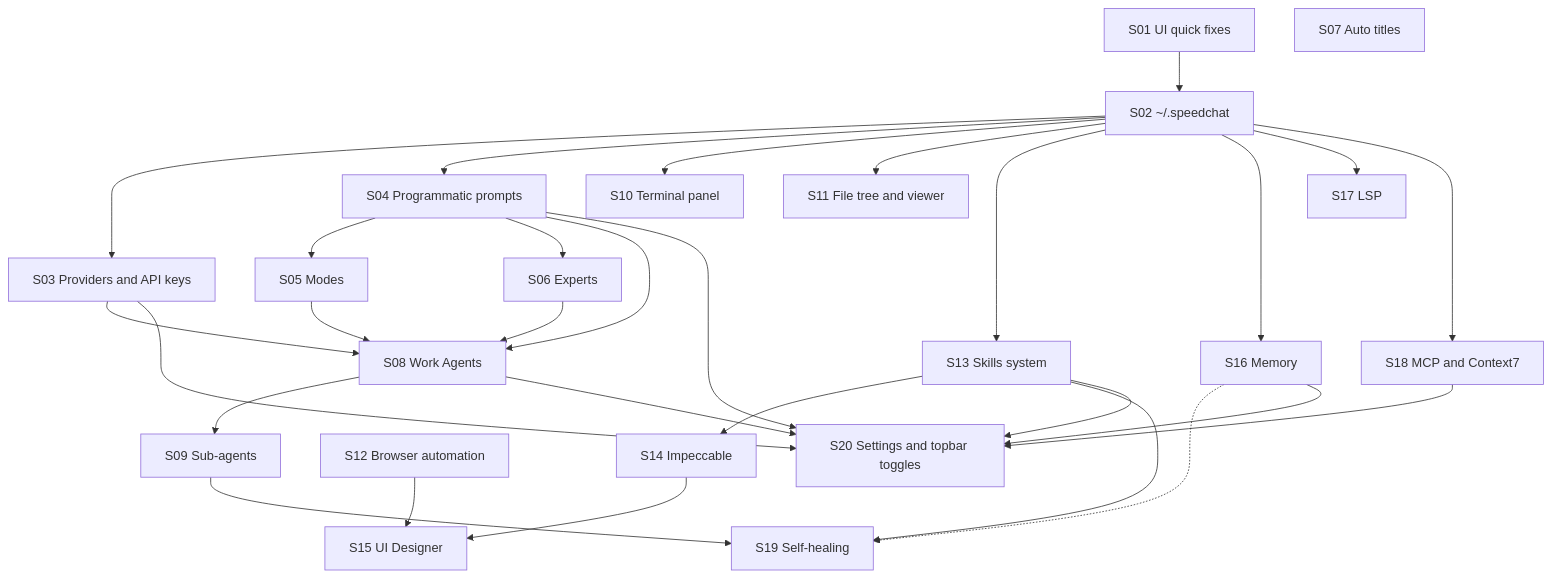
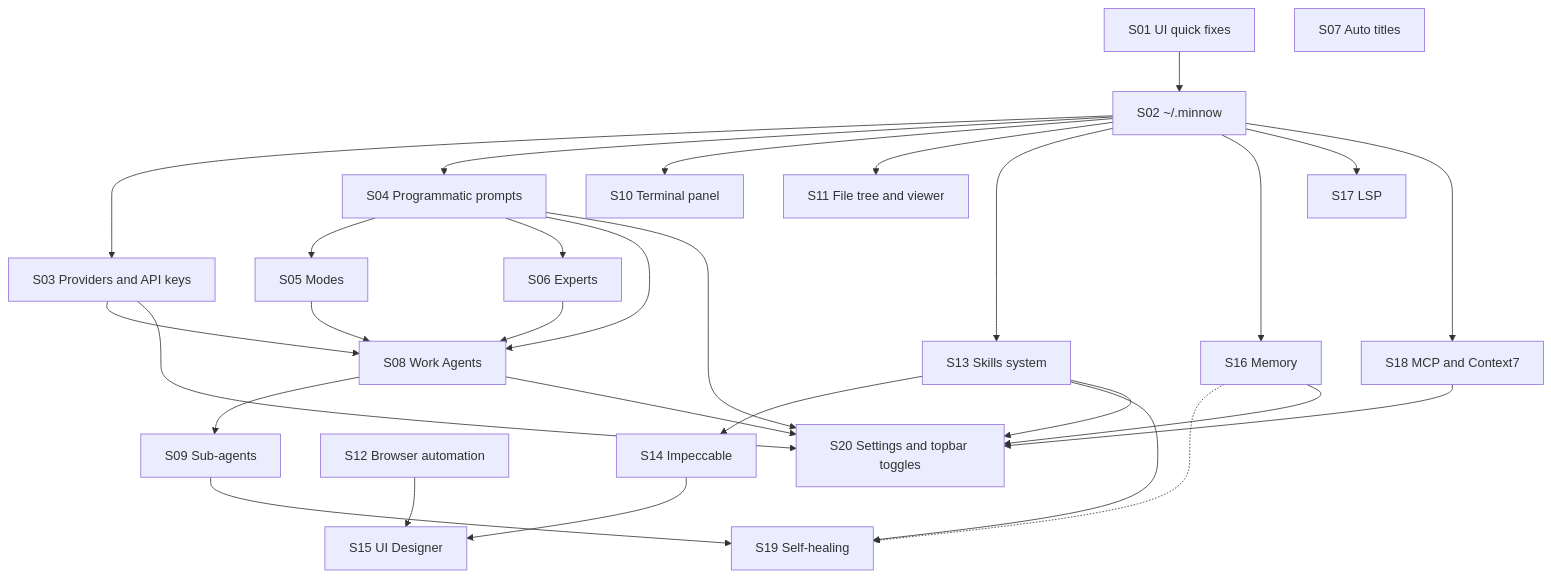
The first of 2 diagrams in documentation/plans/to-fix-step-order.md (DukkyGames/Minnow), drawn with Mermaid before and after one commit. The commit also changed other lines of this file and 204 other files, not shown here.

````diff
--- a/documentation/plans/to-fix-step-order.md
+++ b/documentation/plans/to-fix-step-order.md
@@ -75,52 +75,52 @@
 ```mermaid
 flowchart TD
   S01[S01 UI quick fixes]
-  S02[S02 ~/.speedchat]
+  S02[S02 ~/.minnow]
   S03[S03 Providers and API keys]
   S04[S04 Programmatic prompts]
   S05[S05 Modes]
   S06[S06 Experts]
   S07[S07 Auto titles]
   S08[S08 Work Agents]
   S09[S09 Sub-agents]
   S10[S10 Terminal panel]
   S11[S11 File tree and viewer]
   S12[S12 Browser automation]
   S13[S13 Skills system]
   S14[S14 Impeccable]
   S15[S15 UI Designer]
   S16[S16 Memory]
   S17[S17 LSP]
   S18[S18 MCP and Context7]
   S19[S19 Self-healing]
   S20[S20 Settings and topbar toggles]
 
   S01 --> S02
   S02 --> S03
   S02 --> S04
   S03 --> S08
   S04 --> S05
   S04 --> S06
   S04 --> S08
   S05 --> S08
   S06 --> S08
   S08 --> S09
   S02 --> S10
   S02 --> S11
   S02 --> S13
   S13 --> S14
   S14 --> S15
   S12 --> S15
   S02 --> S16
   S02 --> S17
   S02 --> S18
   S09 --> S19
   S13 --> S19
   S16 -.-> S19
   S03 --> S20
   S04 --> S20
   S08 --> S20
   S13 --> S20
   S16 --> S20
   S18 --> S20
 ```
````
